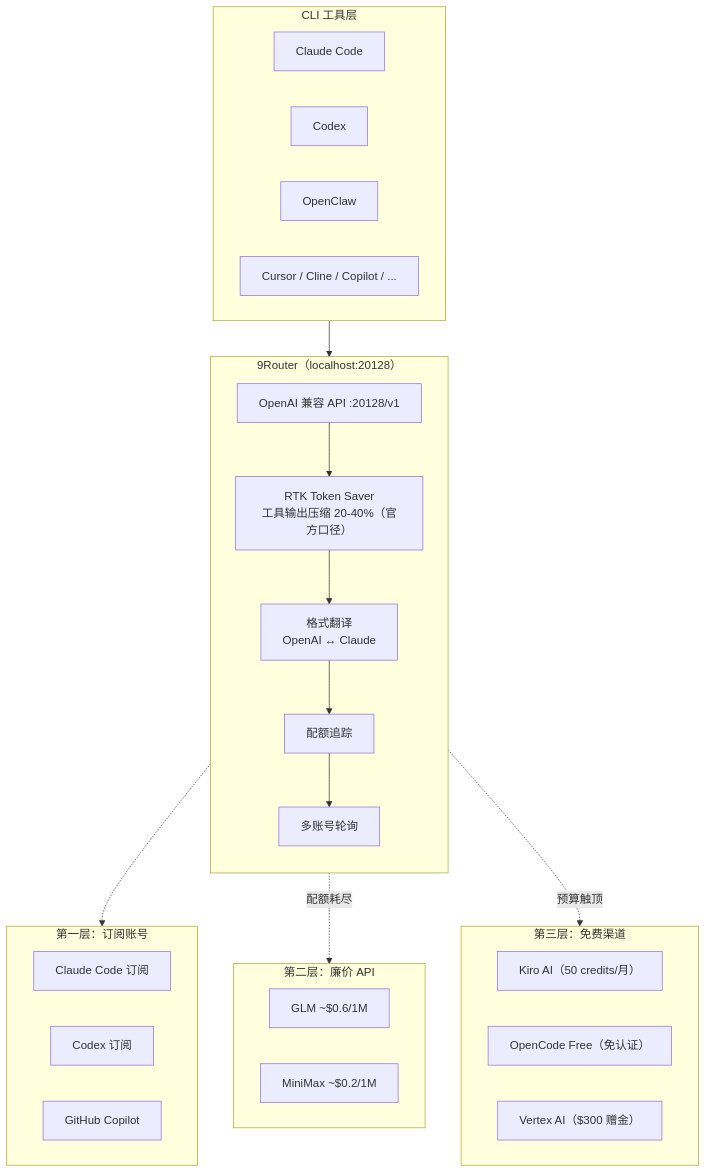
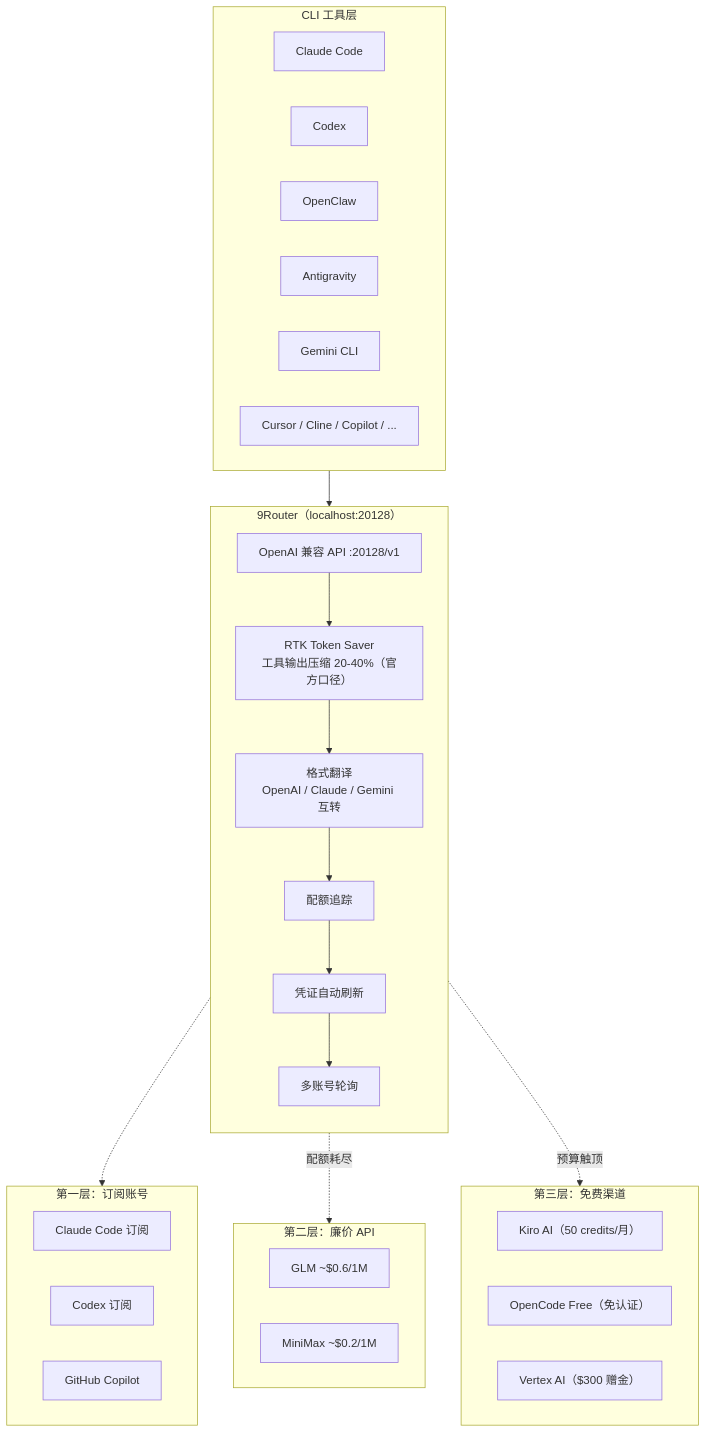
Before and after one commit to A1pha3/text-matrix: the diagram in content/posts/tech/9router-ultimate-router-guide.md, drawn with Mermaid. The commit also changed other lines of this file and 52 other files, not shown here.

````diff
--- a/content/posts/tech/9router-ultimate-router-guide.md
+++ b/content/posts/tech/9router-ultimate-router-guide.md
@@ -29,45 +30,49 @@
 ```mermaid
 flowchart TB
  subgraph CLI["CLI 工具层"]
  CC["Claude Code"]
  CX["Codex"]
  OC["OpenClaw"]
+ AG["Antigravity"]
+ GM["Gemini CLI"]
  CS["Cursor / Cline / Copilot / ..."]
  end
 
  subgraph Router["9Router（localhost:20128）"]
  direction TB
  API["OpenAI 兼容 API :20128/v1"]
  RTK["RTK Token Saver<br/>工具输出压缩 20-40%（官方口径）"]
- FMT["格式翻译<br/>OpenAI ↔ Claude"]
+ FMT["格式翻译<br/>OpenAI / Claude / Gemini 互转"]
  QT["配额追踪"]
+ RF["凭证自动刷新"]
  LB["多账号轮询"]
 
  API --> RTK
  RTK --> FMT
  FMT --> QT
- QT --> LB
+ QT --> RF
+ RF --> LB
  end
 
  subgraph Tier1["第一层：订阅账号"]
  CCSub["Claude Code 订阅"]
  CXSub["Codex 订阅"]
  GHSub["GitHub Copilot"]
  end
 
  subgraph Tier2["第二层：廉价 API"]
  GLM["GLM ~$0.6/1M"]
  MM["MiniMax ~$0.2/1M"]
  end
 
  subgraph Tier3["第三层：免费渠道"]
  Kiro["Kiro AI（50 credits/月）"]
  OpenCodeF["OpenCode Free（免认证）"]
  Vertex["Vertex AI（$300 赠金）"]
  end
 
  CLI --> API
  LB -.-> Tier1
  LB -.配额耗尽.-> Tier2
  LB -.预算触顶.-> Tier3
 ```
````
